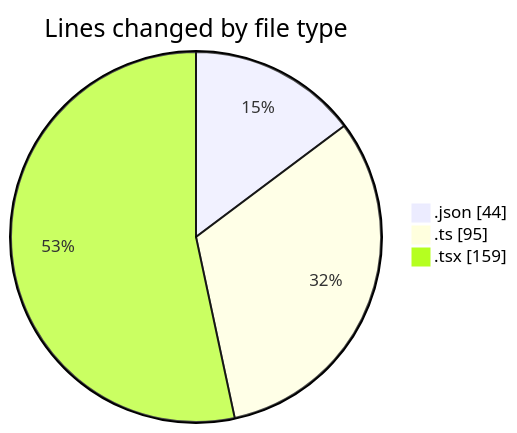
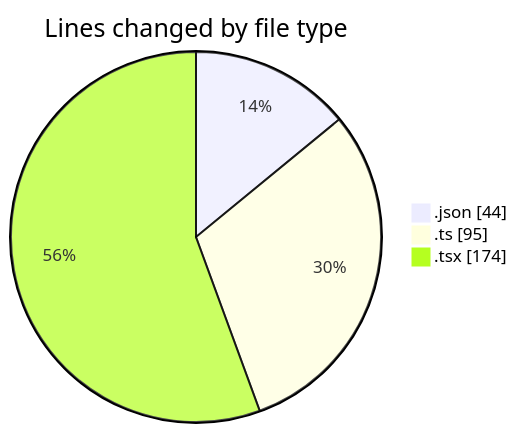
The first of 2 diagrams in 2025-10-24/eventscop-frontend-guide__workspace_/README.md (julien-gomy/code-tracking), drawn with Mermaid before and after one commit. The commit also changed other lines of this file and 1 other file, not shown here.

````diff
--- a/2025-10-24/eventscop-frontend-guide__workspace_/README.md
+++ b/2025-10-24/eventscop-frontend-guide__workspace_/README.md
@@ -22,7 +22,7 @@
 ```mermaid
 pie showData
 title Lines changed by file type
 ".json" : 44
 ".ts" : 95
-".tsx" : 159
+".tsx" : 174
 ```
````
